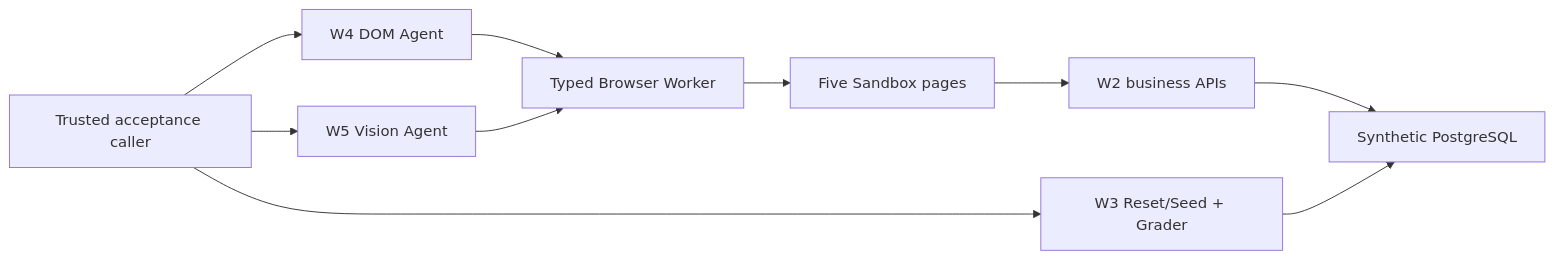
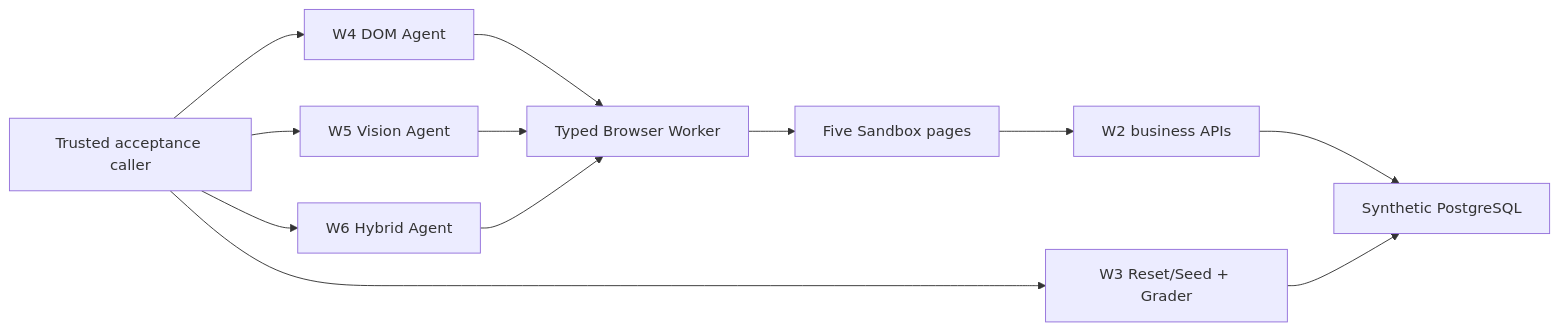
One commit to taka-wzx/flowpilot-arena changed the diagram in README.md. Above: the diagram before and after it, drawn with Mermaid. The commit also changed other lines of this file and 41 other files, not shown here.

```diff
--- a/README.md
+++ b/README.md
@@ -26,12 +26,14 @@
 ~~~mermaid
 flowchart LR
     Caller["Trusted acceptance caller"] --> Arena["W3 Reset/Seed + Grader"]
     Caller --> DomAgent["W4 DOM Agent"]
     Caller --> VisionAgent["W5 Vision Agent"]
+    Caller --> HybridAgent["W6 Hybrid Agent"]
     DomAgent --> Worker["Typed Browser Worker"]
     VisionAgent --> Worker
+    HybridAgent --> Worker
     Worker --> Web["Five Sandbox pages"]
     Web --> API["W2 business APIs"]
     API --> DB["Synthetic PostgreSQL"]
     Arena --> DB
 ~~~
```
